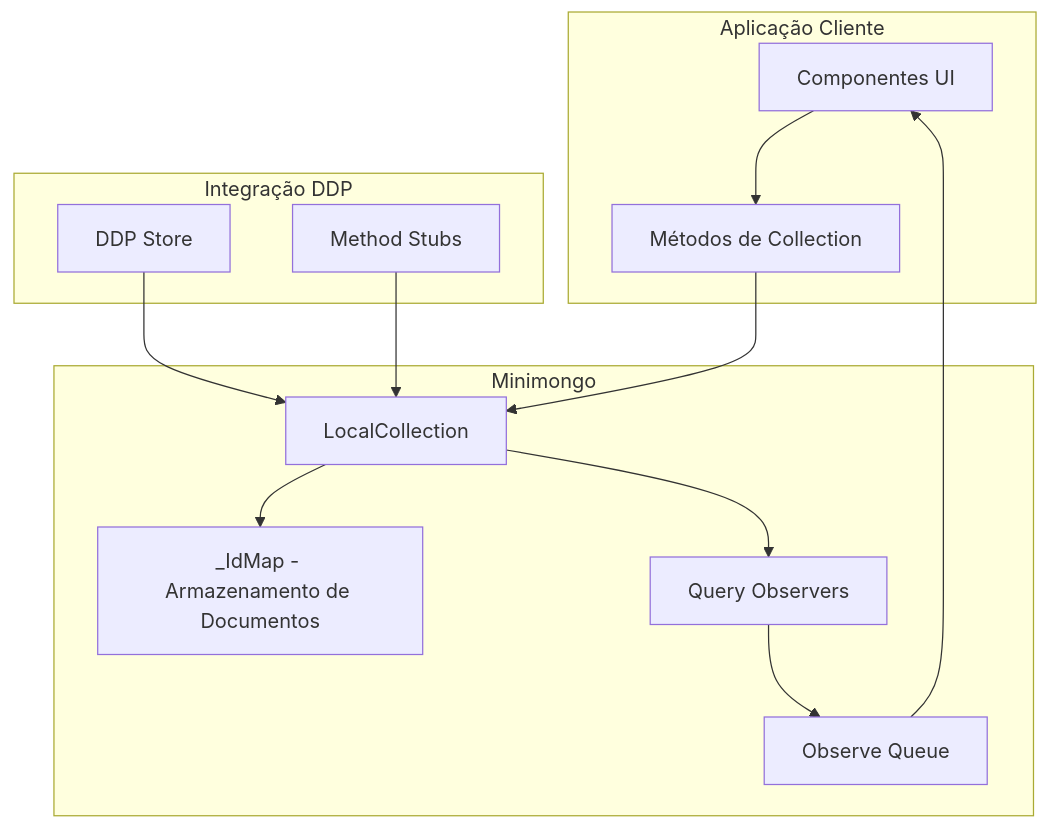
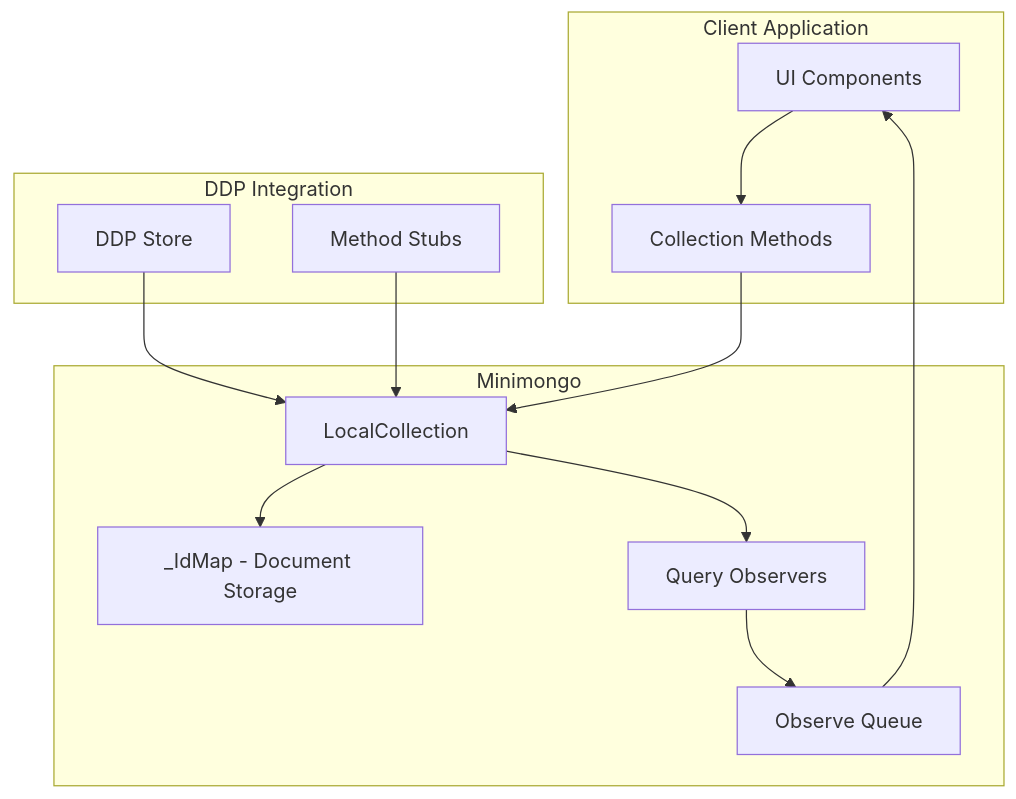
One commit to italojs/ddp-blog-post changed the third of 15 diagrams in readme.md. Above: the diagram before and after it, drawn with Mermaid. The commit also changed other lines of this file, not shown here.

````diff
--- a/readme.md
+++ b/readme.md
@@ -258,30 +419,30 @@
 ```mermaid
 graph TB
-    subgraph "Aplicação Cliente"
-        UIComponents[Componentes UI]
-        Collections[Métodos de Collection]
+    subgraph "Client Application"
+        UIComponents[UI Components]
+        Collections[Collection Methods]
     end
     
     subgraph "Minimongo"
         LocalCollection[LocalCollection]
-        IdMap[_IdMap - Armazenamento de Documentos]
+        IdMap[_IdMap - Document Storage]
         Observers[Query Observers]
         ObserveQueue[Observe Queue]
     end
     
-    subgraph "Integração DDP"
+    subgraph "DDP Integration"
         DDPStore[DDP Store]
         Methods[Method Stubs]
     end
     
     UIComponents --> Collections
     Collections --> LocalCollection
     LocalCollection --> IdMap
     LocalCollection --> Observers
     Observers --> ObserveQueue
     
     DDPStore --> LocalCollection
     Methods --> LocalCollection
     
     ObserveQueue --> UIComponents
 ```
````
